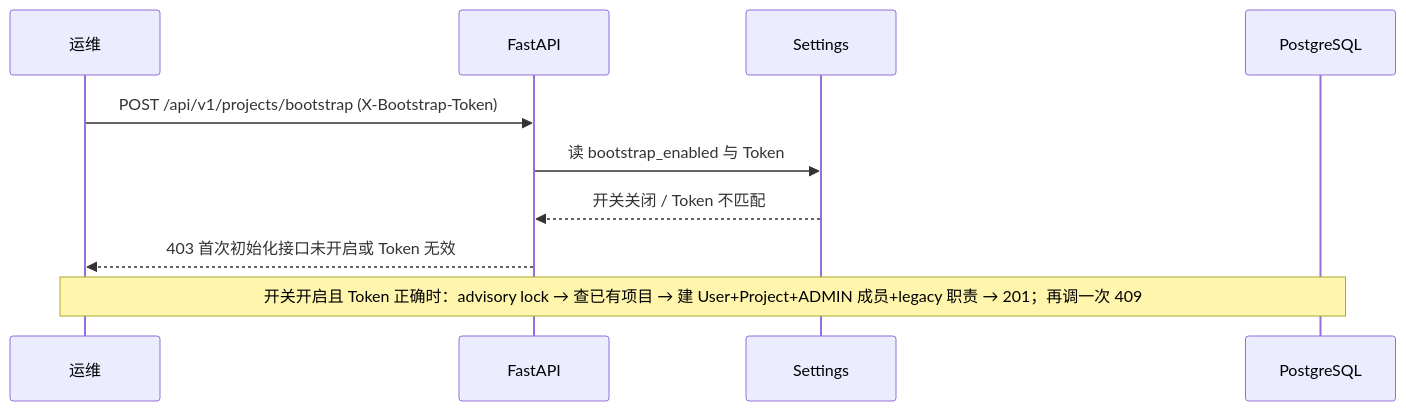
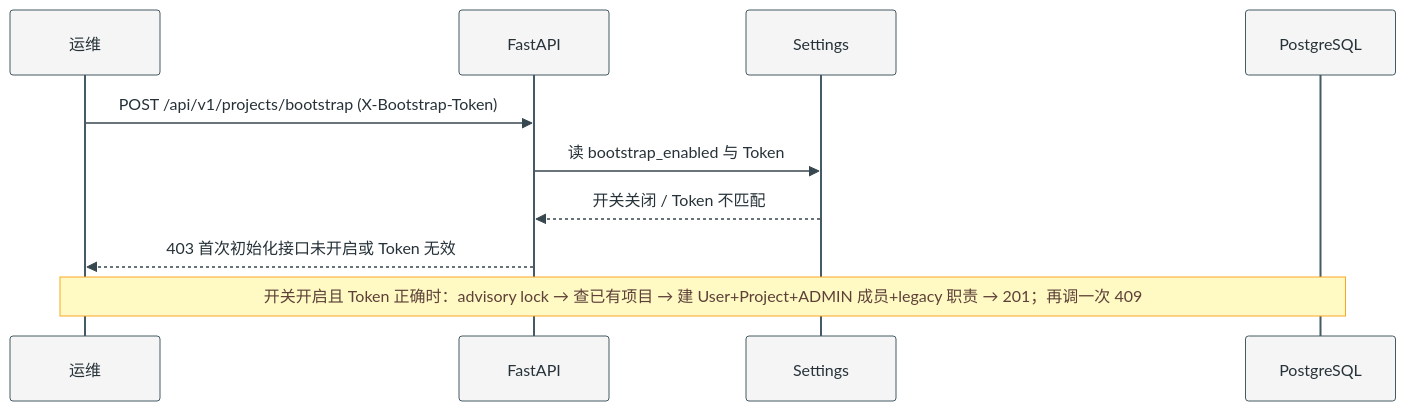
Before and after one commit to ciwuzhi1/etl_agent_demo: the fifth of 9 diagrams in docs/实现步骤与架构图.md, drawn with Mermaid. The commit also changed other lines of this file and 65 other files, not shown here.

````diff
--- a/docs/实现步骤与架构图.md
+++ b/docs/实现步骤与架构图.md
@@ -176,12 +215,13 @@
 ```mermaid
+%%{init: {'theme':'base', 'themeVariables': {'background':'#ffffff','primaryColor':'#f5f5f5','primaryBorderColor':'#455a64','primaryTextColor':'#263238','secondaryColor':'#e8f5e9','tertiaryColor':'#e3f2fd','lineColor':'#607d8b','edgeLabelBackground':'#ffffff','actorBkg':'#f5f5f5','actorBorder':'#455a64','actorTextColor':'#263238','signalColor':'#37474f','signalTextColor':'#263238','labelBoxBkgColor':'#eceff1','labelTextColor':'#263238','noteBkgColor':'#fff9c4','noteBorderColor':'#f9a825','noteTextColor':'#5d4037','sequenceNumberColor':'#ffffff'}}}%%
 sequenceDiagram
     participant Ops as 运维
     participant API as FastAPI
     participant Set as Settings
     participant DB as PostgreSQL
     Ops->>API: POST /api/v1/projects/bootstrap (X-Bootstrap-Token)
     API->>Set: 读 bootstrap_enabled 与 Token
     Set-->>API: 开关关闭 / Token 不匹配
     API-->>Ops: 403 首次初始化接口未开启或 Token 无效
     Note over Ops,DB: 开关开启且 Token 正确时：advisory lock → 查已有项目 → 建 User+Project+ADMIN 成员+legacy 职责 → 201；再调一次 409
 ```
````
